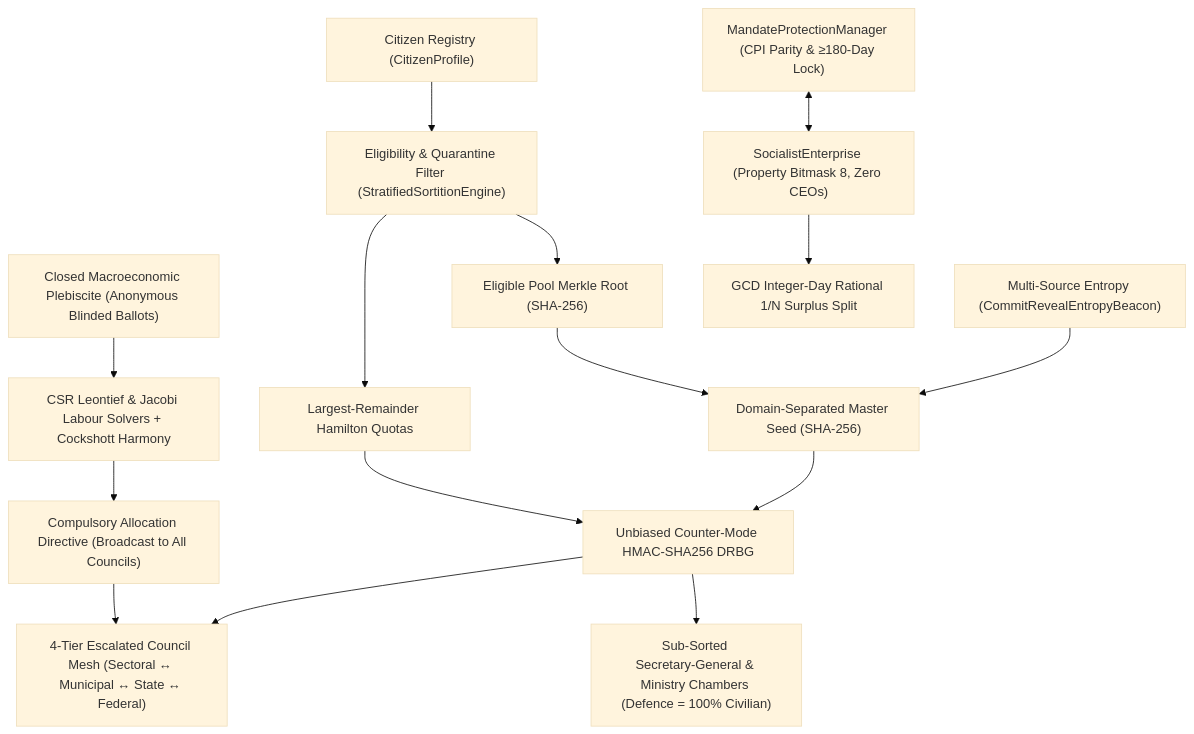
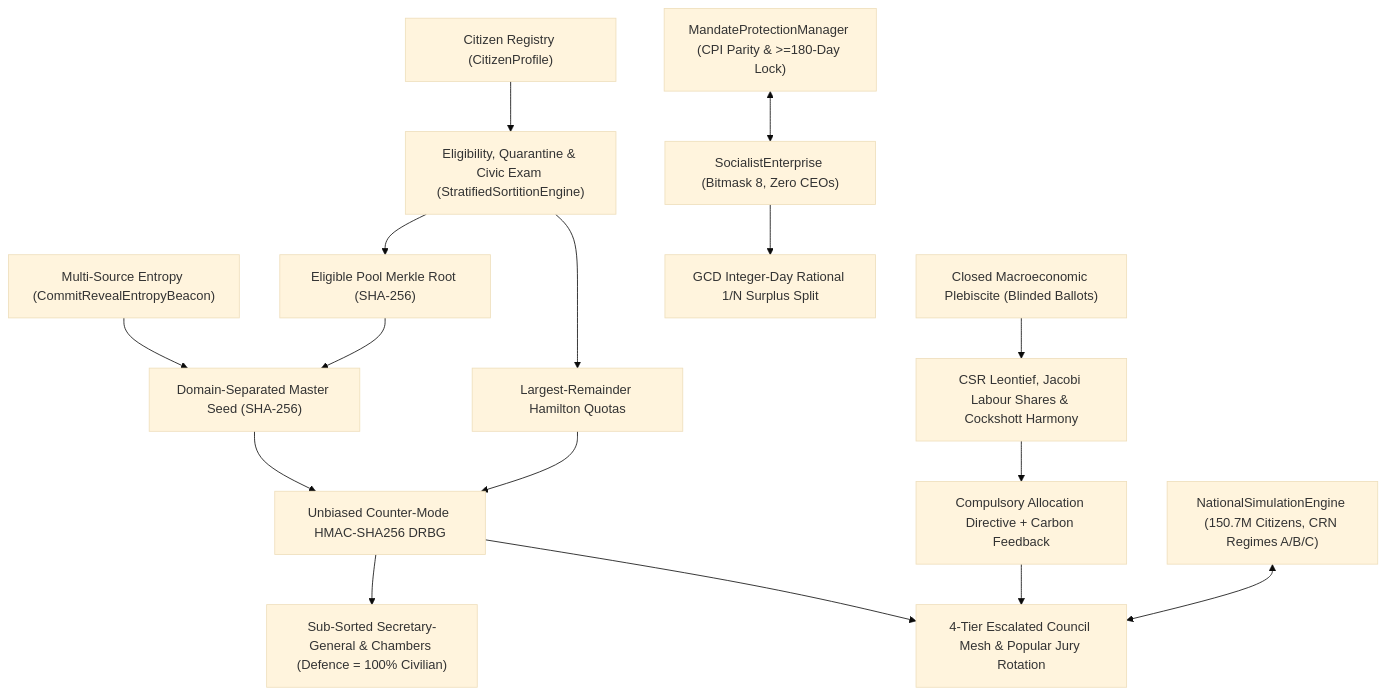
Before and after one commit to PJ-Oliveira/cibersoc: the diagram in docs/en-GB/04_UNDER_THE_HOOD_MECHANICS.md, drawn with Mermaid (base theme). The commit also changed other lines of this file and 66 other files, not shown here.

````diff
--- a/docs/en-GB/04_UNDER_THE_HOOD_MECHANICS.md
+++ b/docs/en-GB/04_UNDER_THE_HOOD_MECHANICS.md
@@ -4,17 +5,18 @@
 ```mermaid
 flowchart TD
-    Pop["Citizen Registry (CitizenProfile)"] --> Elig["Eligibility & Quarantine Filter (StratifiedSortitionEngine)"]
-    Beacon["Multi‑Source Entropy (CommitRevealEntropyBeacon)"] --> Seed["Domain‑Separated Master Seed (SHA‑256)"]
-    Elig --> Merkle["Eligible Pool Merkle Root (SHA‑256)"]
+    Pop["Citizen Registry (CitizenProfile)"] --> Elig["Eligibility, Quarantine & Civic Exam (StratifiedSortitionEngine)"]
+    Beacon["Multi-Source Entropy (CommitRevealEntropyBeacon)"] --> Seed["Domain-Separated Master Seed (SHA-256)"]
+    Elig --> Merkle["Eligible Pool Merkle Root (SHA-256)"]
     Merkle --> Seed
-    Seed --> DRBG["Unbiased Counter‑Mode HMAC‑SHA256 DRBG"]
-    Elig --> Hamilton["Largest‑Remainder Hamilton Quotas"]
+    Seed --> DRBG["Unbiased Counter-Mode HMAC-SHA256 DRBG"]
+    Elig --> Hamilton["Largest-Remainder Hamilton Quotas"]
     Hamilton --> DRBG
-    DRBG --> Mesh["4‑Tier Escalated Council Mesh (Sectoral ↔ Municipal ↔ State ↔ Federal)"]
-    DRBG --> Roles["Sub‑Sorted Secretary‑General & Ministry Chambers (Defence = 100% Civilian)"]
-    Pleb["Closed Macroeconomic Plebiscite (Anonymous Blinded Ballots)"] --> CSR["CSR Leontief & Jacobi Labour Solvers + Cockshott Harmony"]
-    CSR --> Directive["Compulsory Allocation Directive (Broadcast to All Councils)"]
+    DRBG --> Mesh["4-Tier Escalated Council Mesh & Popular Jury Rotation"]
+    DRBG --> Roles["Sub-Sorted Secretary-General & Chambers (Defence = 100% Civilian)"]
+    Pleb["Closed Macroeconomic Plebiscite (Blinded Ballots)"] --> CSR["CSR Leontief, Jacobi Labour Shares & Cockshott Harmony"]
+    CSR --> Directive["Compulsory Allocation Directive + Carbon Feedback"]
     Directive --> Mesh
-    Ent["SocialistEnterprise (Property Bitmask 8, Zero CEOs)"] --> GCD["GCD Integer‑Day Rational 1/N Surplus Split"]
-    Mandate["MandateProtectionManager (CPI Parity & ≥180‑Day Lock)"] <--> Ent
+    Ent["SocialistEnterprise (Bitmask 8, Zero CEOs)"] --> GCD["GCD Integer-Day Rational 1/N Surplus Split"]
+    Mandate["MandateProtectionManager (CPI Parity & >=180-Day Lock)"] <--> Ent
+    SEEM["NationalSimulationEngine (150.7M Citizens, CRN Regimes A/B/C)"] <--> Mesh
 ```
````
